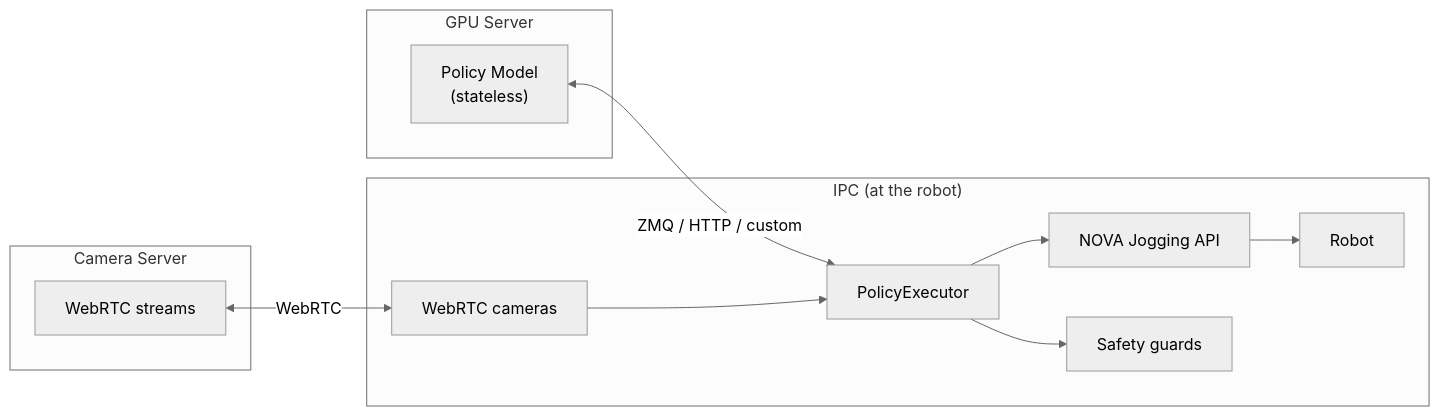
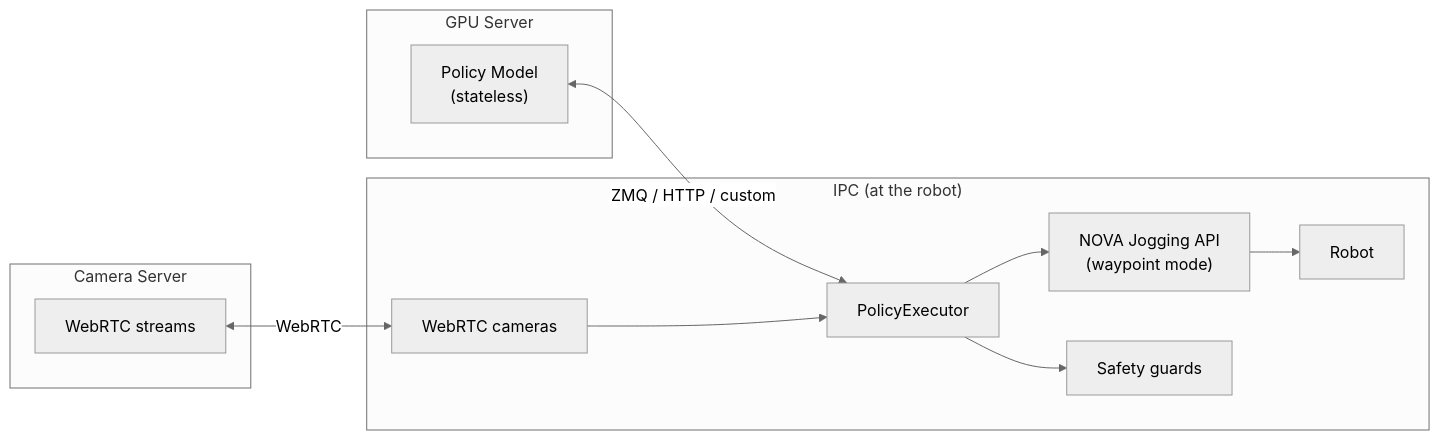
One commit to wandelbotsgmbh/wandelbots-nova changed the diagram in policy/README.md. Above: the diagram before and after it, drawn with Mermaid (neutral theme). The commit also changed other lines of this file and 52 other files, not shown here.

````diff
--- a/policy/README.md
+++ b/policy/README.md
@@ -13,24 +13,24 @@
 ```mermaid
 flowchart LR
     subgraph GPU["GPU Server"]
         Policy["Policy Model\n(stateless)"]
     end
 
     subgraph IPC["IPC (at the robot)"]
         Executor["PolicyExecutor"]
-        Jogging["NOVA Jogging API"]
+        Jogging["NOVA Jogging API\n(waypoint mode)"]
         Safety["Safety guards"]
         Cameras["WebRTC cameras"]
         Robot["Robot"]
     end
 
     subgraph CamServer["Camera Server"]
         WebRTC["WebRTC streams"]
     end
 
     Policy <-->|"ZMQ / HTTP / custom"| Executor
     WebRTC <-->|"WebRTC"| Cameras
     Executor --> Jogging --> Robot
     Executor --> Safety
     Cameras --> Executor
 ```
````
